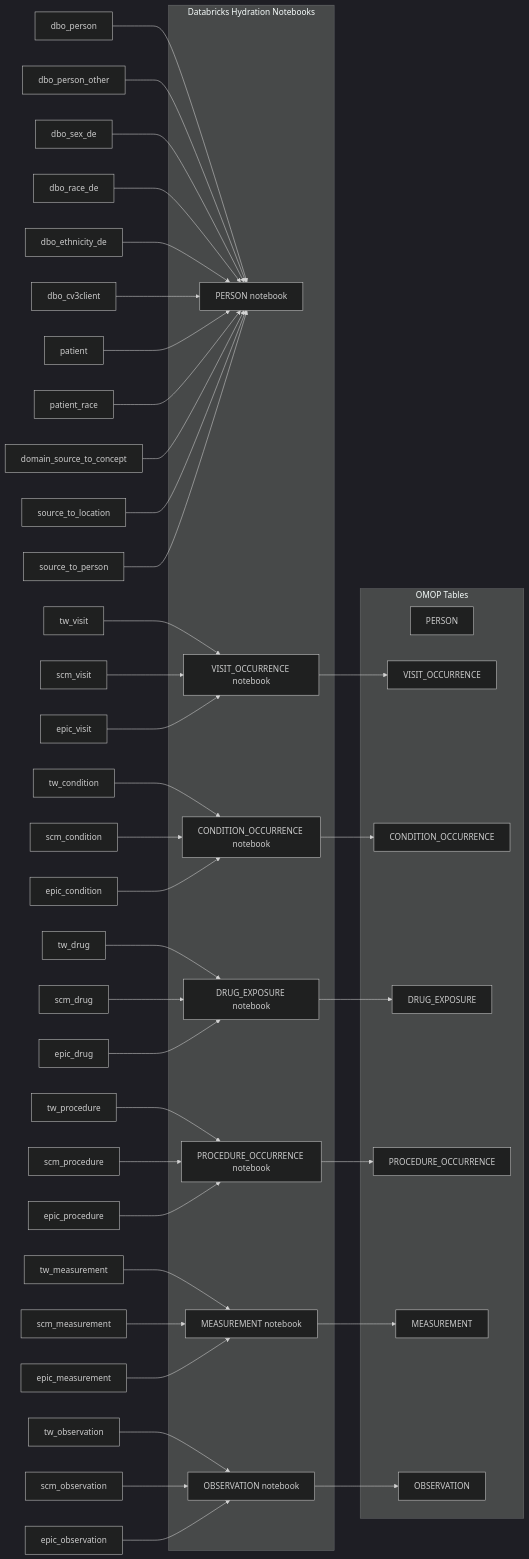
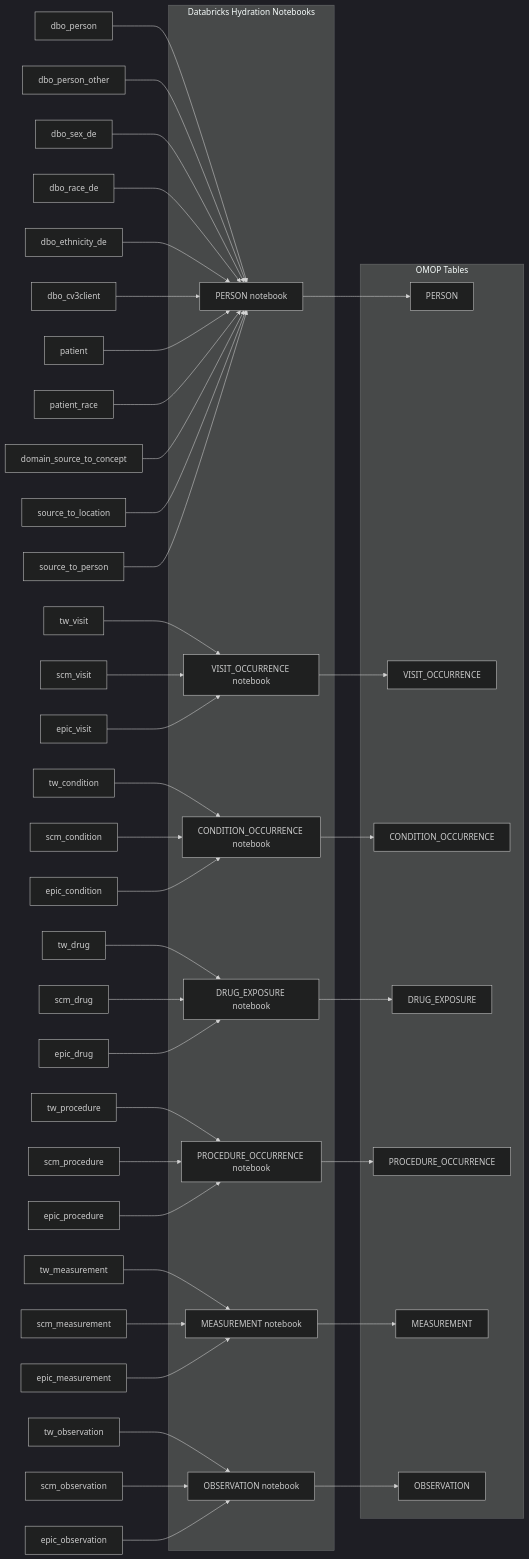
Before and after one commit to janyaibe/omop-accelerator: the first of 11 diagrams in docs/omop_architecture_erd_with_sources.md, drawn with Mermaid (dark theme).

```diff
--- a/docs/omop_architecture_erd_with_sources.md
+++ b/docs/omop_architecture_erd_with_sources.md
@@ -66,6 +66,7 @@
 map_domain --> nb_person
 map_location --> nb_person
 map_person --> nb_person
+nb_person --> PERSON
 
    tw_visit --> nb_visit
    scm_visit --> nb_visit
```
